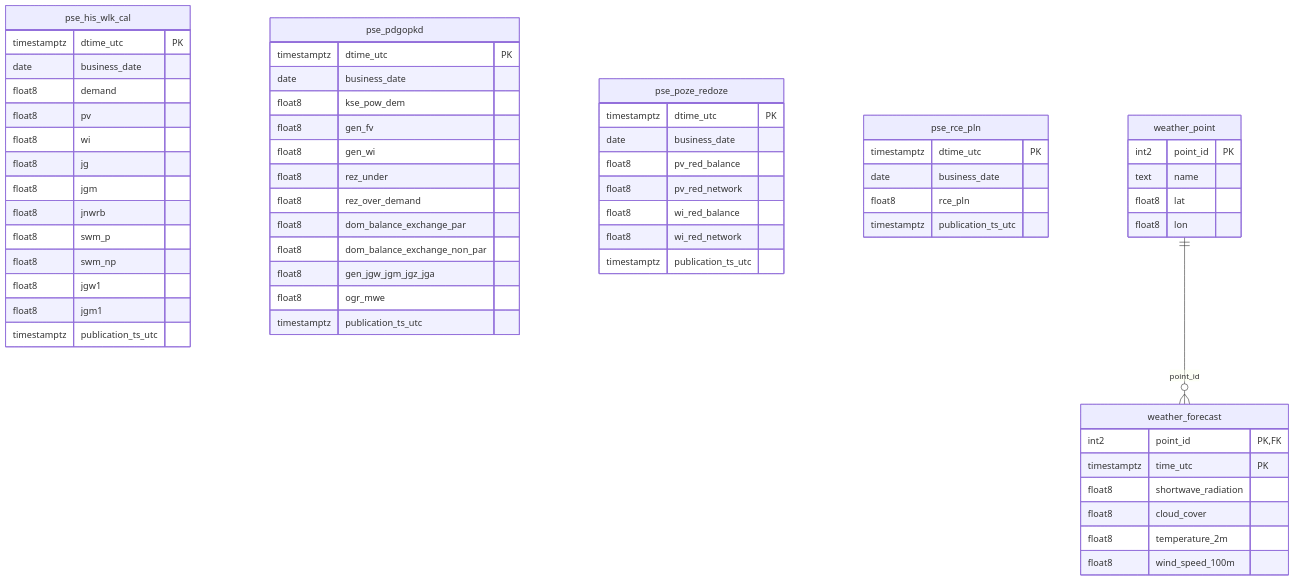
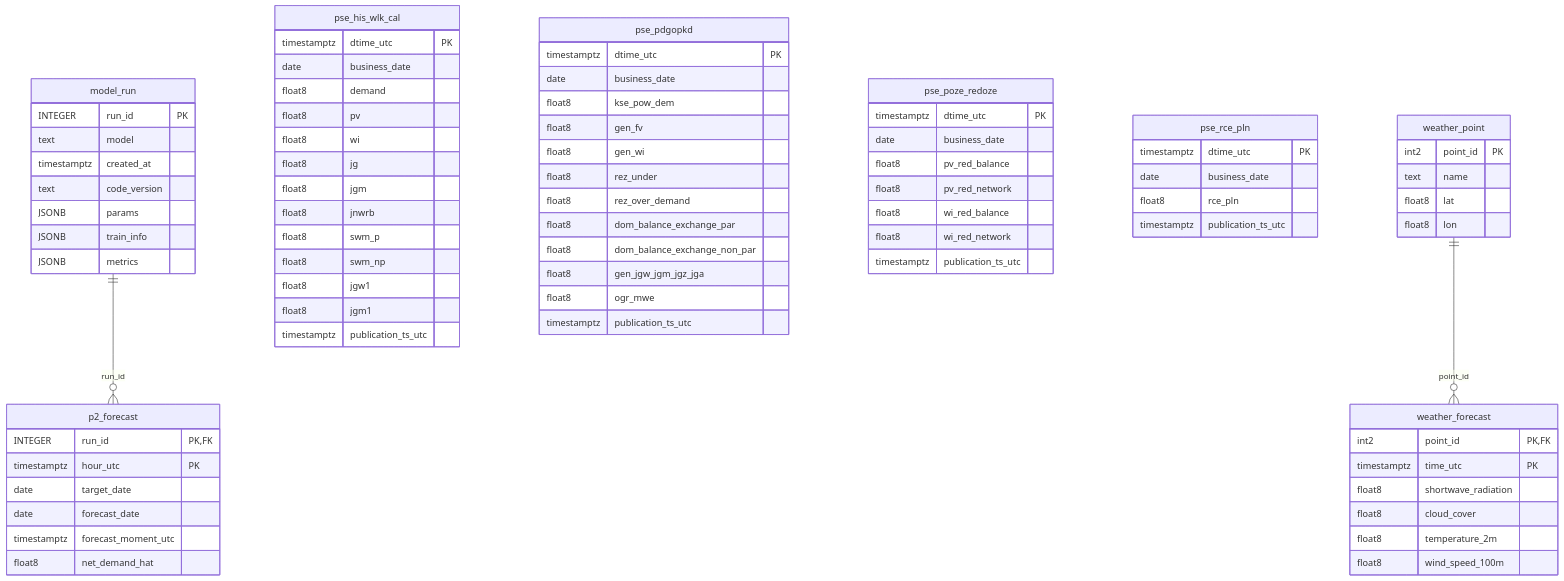
One commit to Poted/kse-forecasting changed the diagram in docs/erd.md. Above: the diagram before and after it, drawn with Mermaid. The commit also changed other lines of this file and 7 other files, not shown here.

First line of the commit message:
P2.5: dokumentacja etapu, metryki, ERD, zadanie, stan; raport kompletności z pogodą _previous_day2

````diff
--- a/docs/erd.md
+++ b/docs/erd.md
@@ -7,62 +7,80 @@
 ```mermaid
 erDiagram
+    model_run {
+        INTEGER run_id PK
+        text model
+        timestamptz created_at
+        text code_version
+        JSONB params
+        JSONB train_info
+        JSONB metrics
+    }
     pse_his_wlk_cal {
         timestamptz dtime_utc PK
         date business_date
         float8 demand
         float8 pv
         float8 wi
         float8 jg
         float8 jgm
         float8 jnwrb
         float8 swm_p
         float8 swm_np
         float8 jgw1
         float8 jgm1
         timestamptz publication_ts_utc
     }
     pse_pdgopkd {
         timestamptz dtime_utc PK
         date business_date
         float8 kse_pow_dem
         float8 gen_fv
         float8 gen_wi
         float8 rez_under
         float8 rez_over_demand
         float8 dom_balance_exchange_par
         float8 dom_balance_exchange_non_par
         float8 gen_jgw_jgm_jgz_jga
         float8 ogr_mwe
         timestamptz publication_ts_utc
     }
     pse_poze_redoze {
         timestamptz dtime_utc PK
         date business_date
         float8 pv_red_balance
         float8 pv_red_network
         float8 wi_red_balance
         float8 wi_red_network
         timestamptz publication_ts_utc
     }
     pse_rce_pln {
         timestamptz dtime_utc PK
         date business_date
         float8 rce_pln
         timestamptz publication_ts_utc
     }
     weather_point {
         int2 point_id PK
         text name
         float8 lat
         float8 lon
     }
+    p2_forecast {
+        INTEGER run_id PK,FK
+        timestamptz hour_utc PK
+        date target_date
+        date forecast_date
+        timestamptz forecast_moment_utc
+        float8 net_demand_hat
+    }
     weather_forecast {
         int2 point_id PK,FK
         timestamptz time_utc PK
         float8 shortwave_radiation
         float8 cloud_cover
         float8 temperature_2m
         float8 wind_speed_100m
     }
+    model_run ||--o{ p2_forecast : "run_id"
     weather_point ||--o{ weather_forecast : "point_id"
 ```
````
